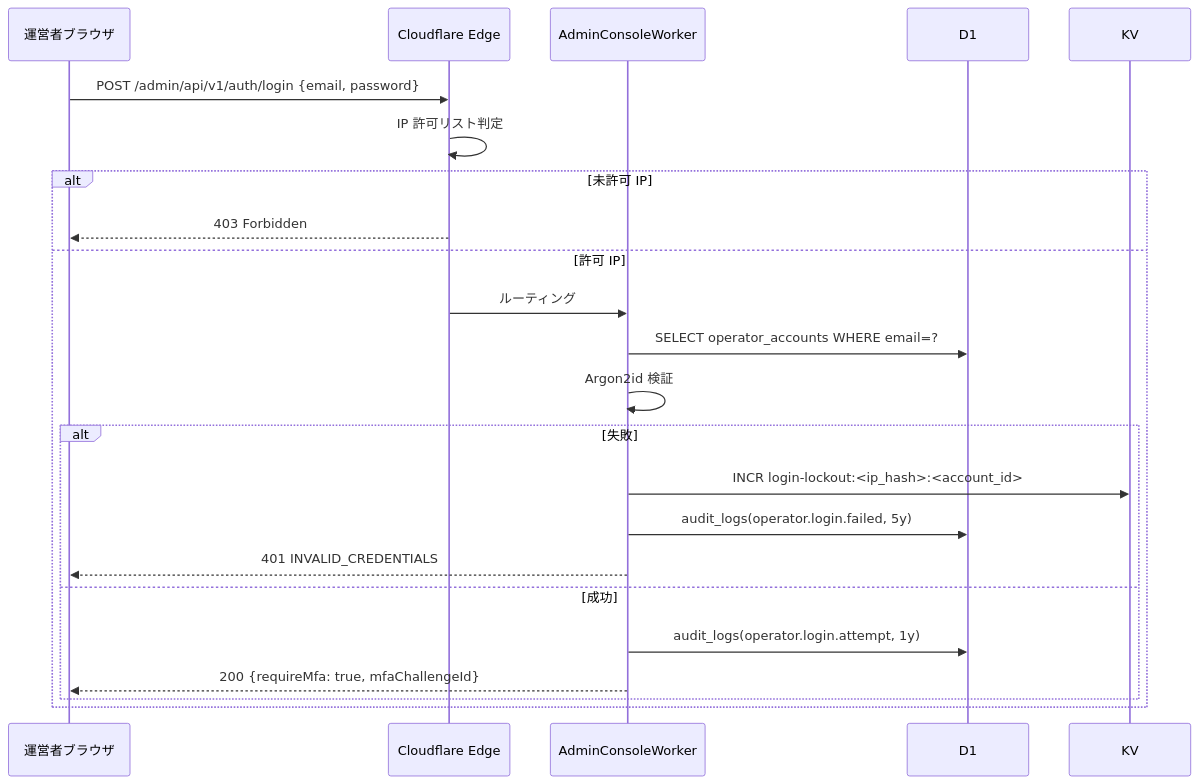
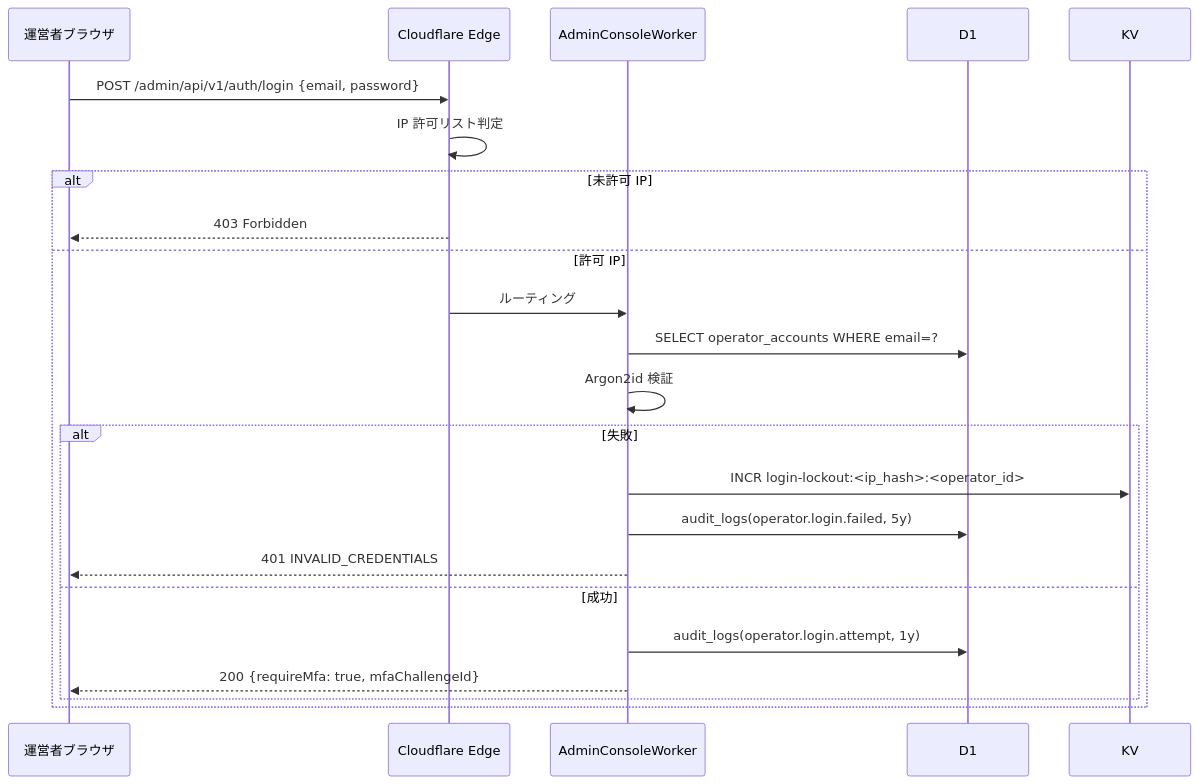
Before and after one commit to sikakou54/open-faq: the diagram in 02_運営者システム/03_詳細設計/DD01_運営者認証・6段認可.md, drawn with Mermaid. The commit also changed other lines of this file and 148 other files, not shown here.

````diff
--- a/02_運営者システム/03_詳細設計/DD01_運営者認証・6段認可.md
+++ b/02_運営者システム/03_詳細設計/DD01_運営者認証・6段認可.md
@@ -62,26 +62,26 @@
 ```mermaid
 sequenceDiagram
     participant Browser as 運営者ブラウザ
     participant Edge as Cloudflare Edge
     participant Worker as AdminConsoleWorker
     participant D1
     participant KV
 
     Browser->>Edge: POST /admin/api/v1/auth/login {email, password}
     Edge->>Edge: IP 許可リスト判定
     alt 未許可 IP
         Edge-->>Browser: 403 Forbidden
     else 許可 IP
         Edge->>Worker: ルーティング
         Worker->>D1: SELECT operator_accounts WHERE email=?
         Worker->>Worker: Argon2id 検証
         alt 失敗
-            Worker->>KV: INCR login-lockout:<ip_hash>:<account_id>
+            Worker->>KV: INCR login-lockout:<ip_hash>:<operator_id>
             Worker->>D1: audit_logs(operator.login.failed, 5y)
             Worker-->>Browser: 401 INVALID_CREDENTIALS
         else 成功
             Worker->>D1: audit_logs(operator.login.attempt, 1y)
             Worker-->>Browser: 200 {requireMfa: true, mfaChallengeId}
         end
     end
 ```
````
